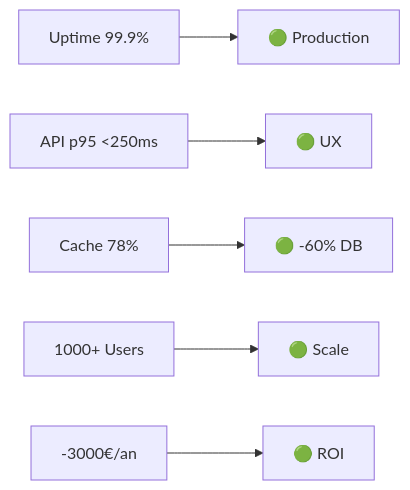
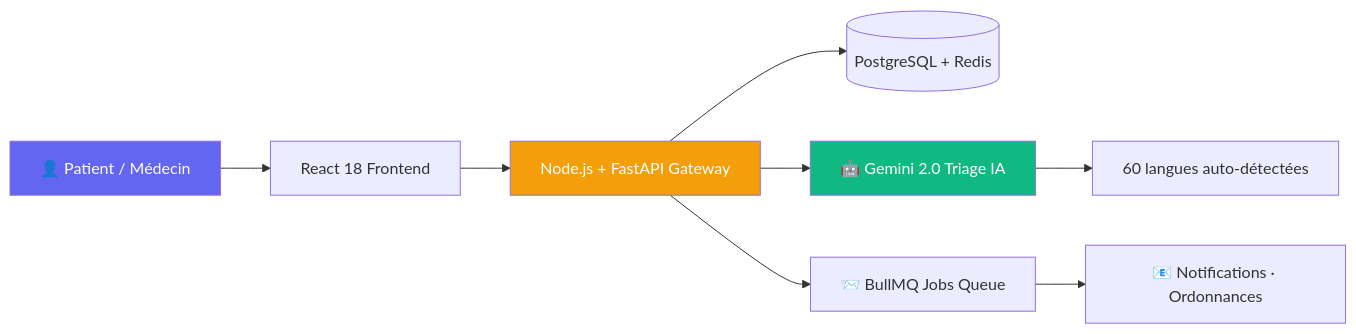
One commit to Altay55stage/Altay55stage changed the first of 3 diagrams in README.md. Above: the diagram before and after it, drawn with Mermaid. The commit also changed other lines of this file, not shown here.

````diff
--- a/README.md
+++ b/README.md
@@ -158,8 +53,14 @@
 ```mermaid
 graph LR
-  A[Uptime 99.9%] --> B[🟢 Production]
-  C[API p95 <250ms] --> D[🟢 UX]
-  E[Cache 78%] --> F[🟢 -60% DB]
-  G[1000+ Users] --> H[🟢 Scale]
-  I[-3000€/an] --> J[🟢 ROI]
+    A[👤 Patient / Médecin] --> B[React 18 Frontend]
+    B --> C[Node.js + FastAPI Gateway]
+    C --> D[(PostgreSQL + Redis)]
+    C --> E[🤖 Gemini 2.0 Triage IA]
+    C --> F[📨 BullMQ Jobs Queue]
+    E --> G[60 langues auto-détectées]
+    F --> H[📧 Notifications · Ordonnances]
+    
+    style A fill:#6366F1,color:#fff
+    style E fill:#10B981,color:#fff
+    style C fill:#F59E0B,color:#fff
 ```
````
